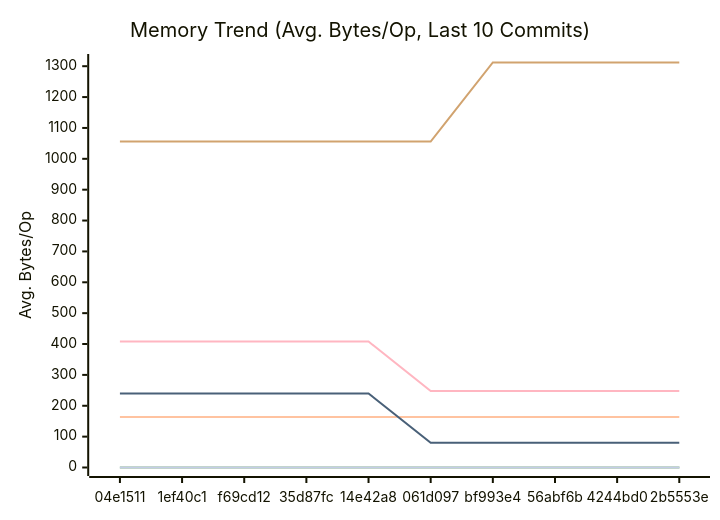
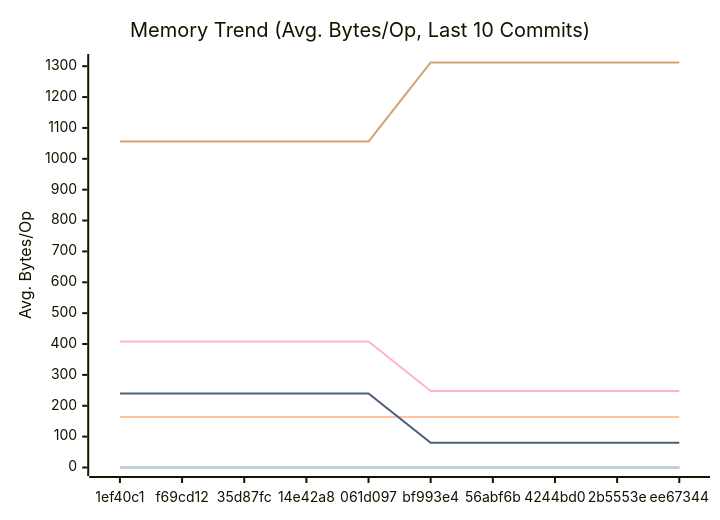
The second of 3 diagrams in docs/PERFORMANCE.md (alsotoes/momo), drawn with Mermaid before and after one commit. The commit also changed other lines of this file and 15 other files, not shown here.

````diff
--- a/docs/PERFORMANCE.md
+++ b/docs/PERFORMANCE.md
@@ -97,16 +97,16 @@
 ```mermaid
 xychart-beta
     title "Memory Trend (Avg. Bytes/Op, Last 10 Commits)"
     x-axis "Commit"
     y-axis "Avg. Bytes/Op"
-    x-axis [04e1511,1ef40c1,f69cd12,35d87fc,14e42a8,061d097,bf993e4,56abf6b,4244bd0,2b5553e]
+    x-axis [1ef40c1,f69cd12,35d87fc,14e42a8,061d097,bf993e4,56abf6b,4244bd0,2b5553e,ee67344]
     line "CheckMetricsAndSwap" [0,0,0,0,0,0,0,0,0,0]
     line "CrushOptimized" [0,0,0,0,0,0,0,0,0,0]
     line "CrushOriginal" [164,164,164,164,164,164,164,164,164,164]
     line "IndexDirectTracking" [0,0,0,0,0,0,0,0,0,0]
     line "IndexSearch" [0,0,0,0,0,0,0,0,0,0]
-    line "LoadGlobalConfig" [1056,1056,1056,1056,1056,1056,1312,1312,1312,1312]
+    line "LoadGlobalConfig" [1056,1056,1056,1056,1056,1312,1312,1312,1312,1312]
     line "PadString" [0,0,0,0,0,0,0,0,0,0]
     line "ParseReplicationOrder_NoPrealloc" [408,408,408,408,408,248,248,248,248,248]
     line "ParseReplicationOrder_Prealloc" [240,240,240,240,240,80,80,80,80,80]
 ```
````
